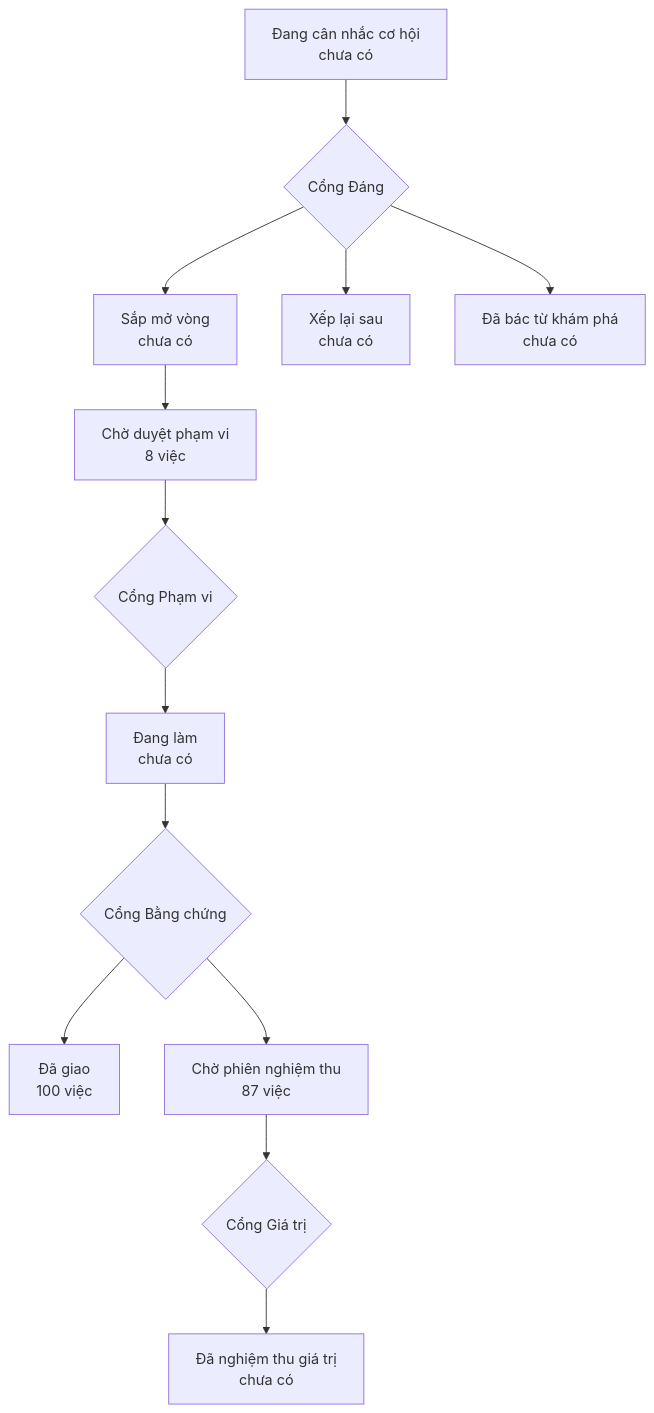
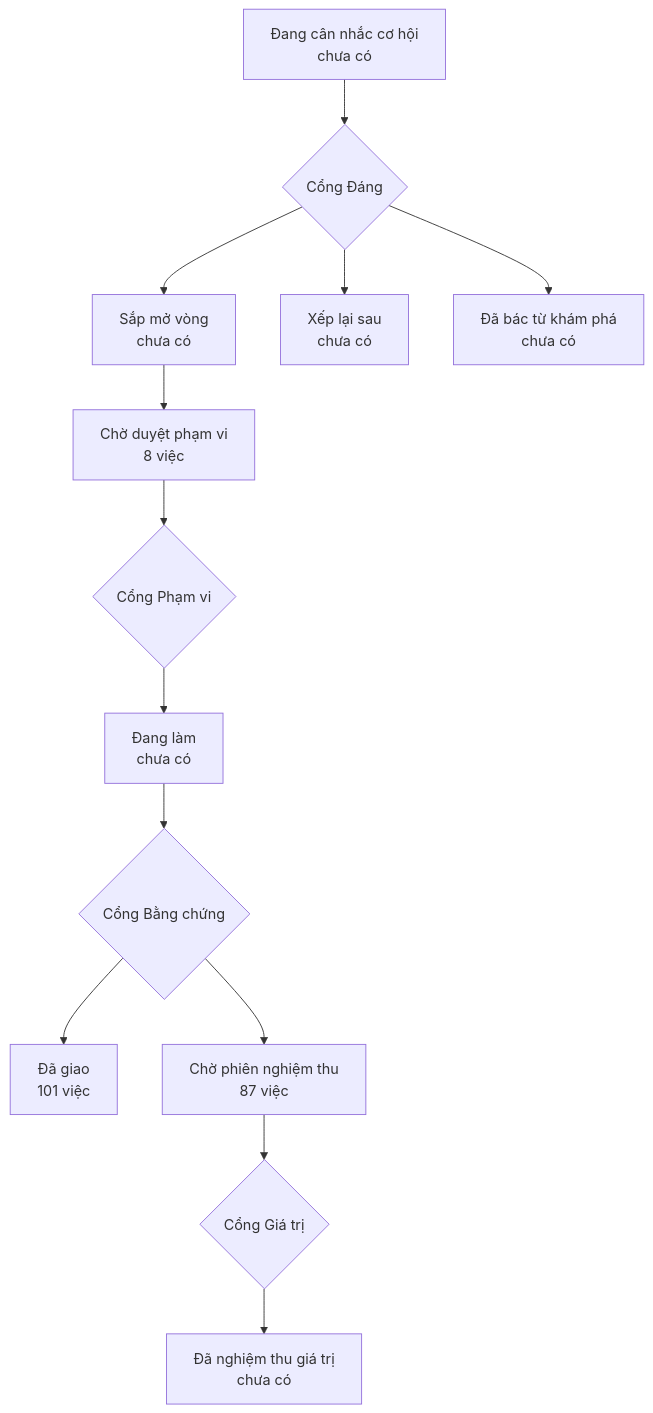
The diagram in PRODUCT-MAP.md (phanlemanh/onehub-invest), drawn with Mermaid before and after one commit. The commit also changed other lines of this file and 1 other file, not shown here.

Commit message:
chore(acceptance): vẽ lại bản đồ sau gộp main

````diff
--- a/PRODUCT-MAP.md
+++ b/PRODUCT-MAP.md
@@ -7,12 +7,12 @@
 ```mermaid
 flowchart TD
   A["Đang cân nhắc cơ hội<br/>chưa có"] --> GD{"Cổng Đáng"}
   GD --> B["Sắp mở vòng<br/>chưa có"]
   GD --> XL["Xếp lại sau<br/>chưa có"]
   GD --> DB["Đã bác từ khám phá<br/>chưa có"]
   B --> CD["Chờ duyệt phạm vi<br/>8 việc"] --> GP{"Cổng Phạm vi"}
   GP --> DL["Đang làm<br/>chưa có"] --> GB{"Cổng Bằng chứng"}
-  GB --> DG["Đã giao<br/>100 việc"]
+  GB --> DG["Đã giao<br/>101 việc"]
   GB --> CN["Chờ phiên nghiệm thu<br/>87 việc"] --> GG{"Cổng Giá trị"}
   GG --> NT["Đã nghiệm thu giá trị<br/>chưa có"]
 ```
````
